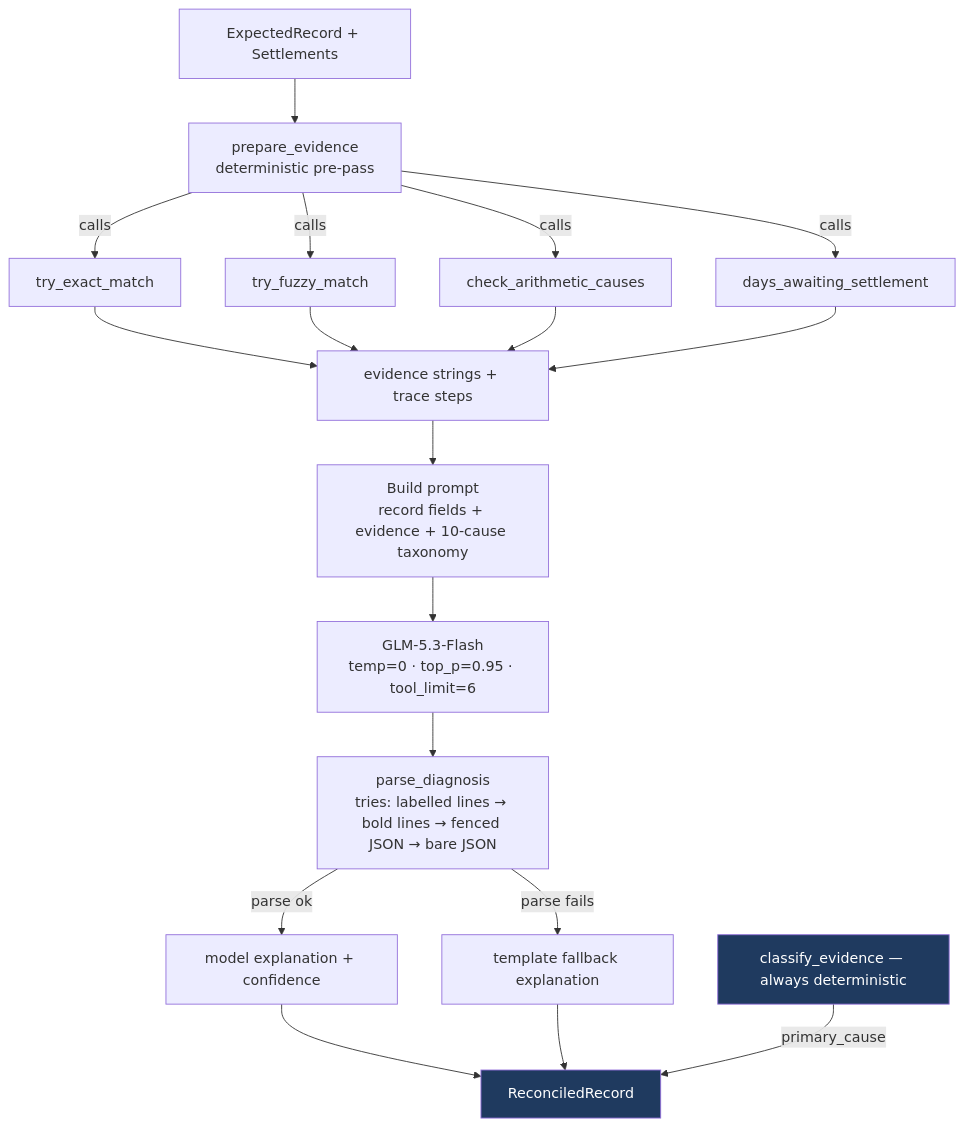
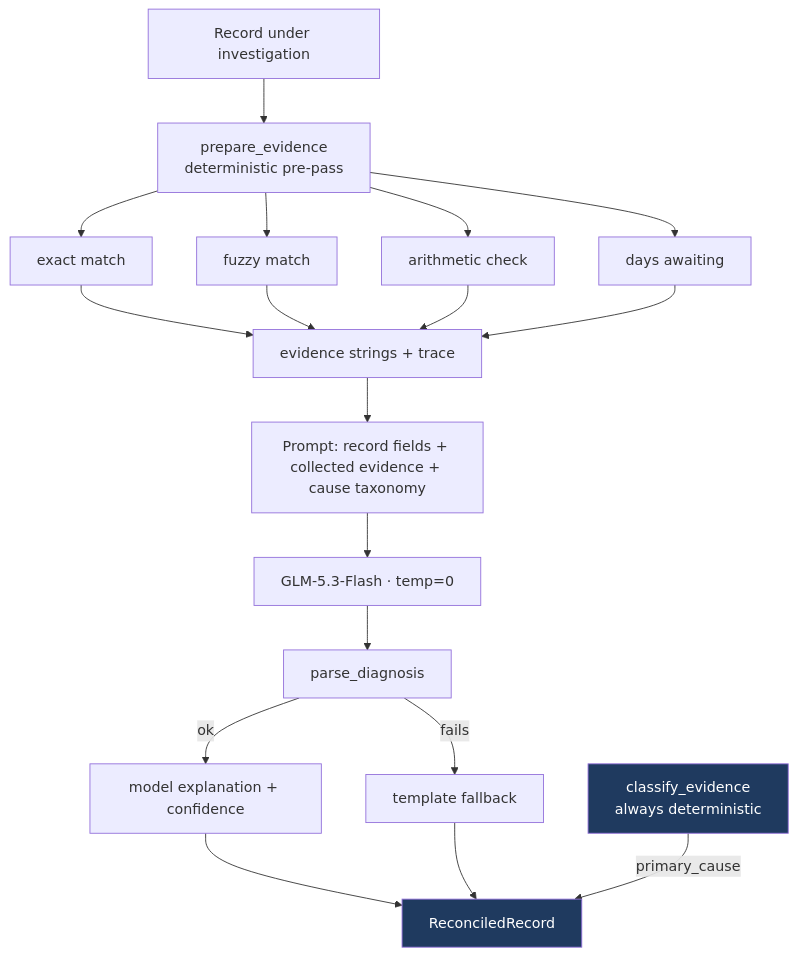
One commit to RakshithDasari/Residual_theFIN_OPS-agent changed the third of 5 diagrams in README.md. Above: the diagram before and after it, drawn with Mermaid. The commit also changed other lines of this file, not shown here.

````diff
--- a/README.md
+++ b/README.md
@@ -143,19 +148,19 @@
 ```mermaid
 flowchart TD
-    A[ExpectedRecord + Settlements] --> B[prepare_evidence\ndeterministic pre-pass]
-    B -->|calls| T1[try_exact_match]
-    B -->|calls| T2[try_fuzzy_match]
-    B -->|calls| T3[check_arithmetic_causes]
-    B -->|calls| T4[days_awaiting_settlement]
-    T1 & T2 & T3 & T4 --> C[evidence strings + trace steps]
-    C --> D[Build prompt\nrecord fields + evidence + 10-cause taxonomy]
-    D --> E[GLM-5.3-Flash\ntemp=0 · top_p=0.95 · tool_limit=6]
-    E --> F[parse_diagnosis\ntries: labelled lines → bold lines → fenced JSON → bare JSON]
-    F -->|parse ok| G[model explanation + confidence]
-    F -->|parse fails| H[template fallback explanation]
+    A[Record under investigation] --> B[prepare_evidence\ndeterministic pre-pass]
+    B --> T1[exact match]
+    B --> T2[fuzzy match]
+    B --> T3[arithmetic check]
+    B --> T4[days awaiting]
+    T1 & T2 & T3 & T4 --> C[evidence strings + trace]
+    C --> D[Prompt: record fields + collected evidence + cause taxonomy]
+    D --> E[GLM-5.3-Flash · temp=0]
+    E --> F[parse_diagnosis]
+    F -->|ok| G[model explanation + confidence]
+    F -->|fails| H[template fallback]
     G & H --> I[ReconciledRecord]
-    J[classify_evidence — always deterministic] -->|primary_cause| I
+    J[classify_evidence\nalways deterministic] -->|primary_cause| I
 
     style J fill:#1f3a5f,color:#fff
     style I fill:#1f3a5f,color:#fff
 ```
````
